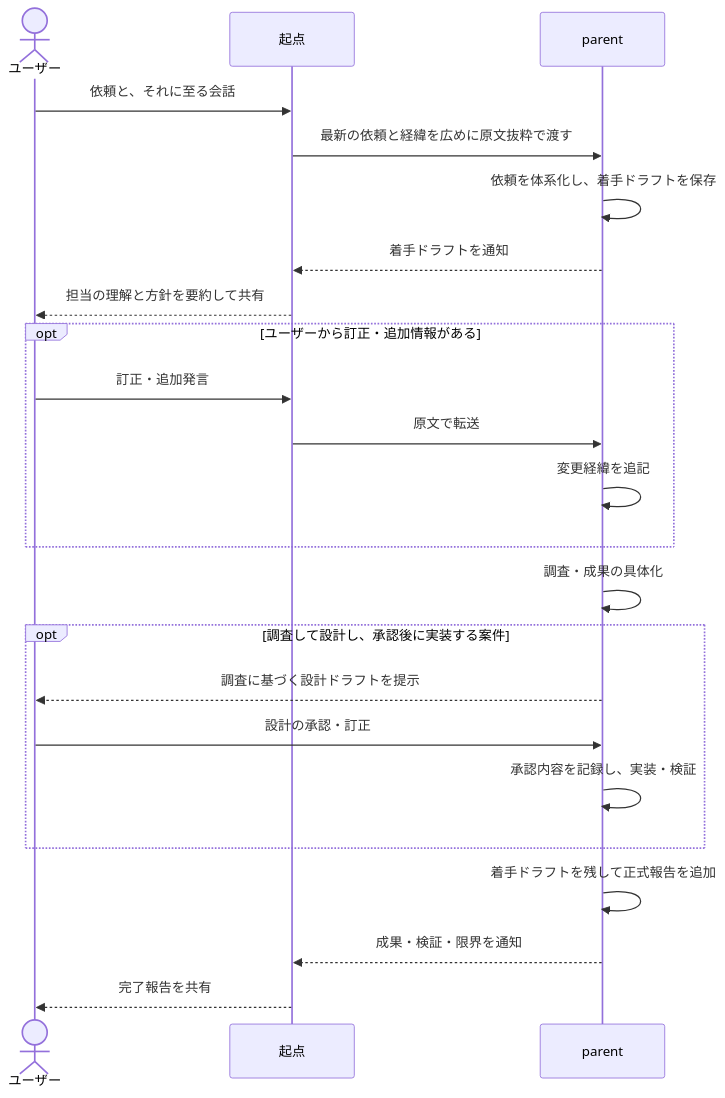
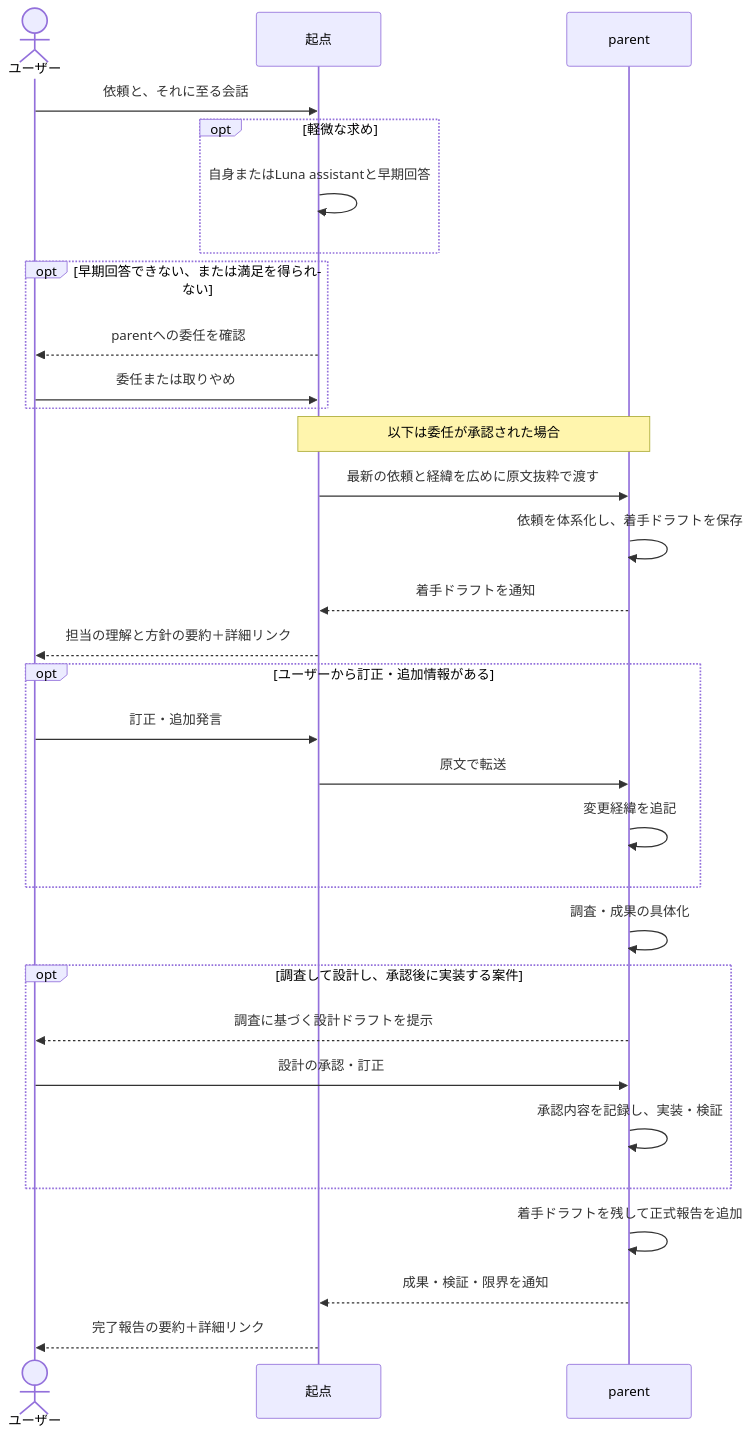
One commit to unagi/dotfiles changed the second of 2 diagrams in docs/codex-subagents.md. Above: the diagram before and after it, drawn with Mermaid. The commit also changed other lines of this file and 11 other files, not shown here.

````diff
--- a/docs/codex-subagents.md
+++ b/docs/codex-subagents.md
@@ -42,25 +44,33 @@
 ```mermaid
 sequenceDiagram
     actor U as ユーザー
     participant R as 起点
     participant P as parent
     U->>R: 依頼と、それに至る会話
+    opt 軽微な求め
+        R->>R: 自身またはLuna assistantと早期回答
+    end
+    opt 早期回答できない、または満足を得られない
+        R-->>U: parentへの委任を確認
+        U->>R: 委任または取りやめ
+    end
+    Note over R,P: 以下は委任が承認された場合
     R->>P: 最新の依頼と経緯を広めに原文抜粋で渡す
     P->>P: 依頼を体系化し、着手ドラフトを保存
     P-->>R: 着手ドラフトを通知
-    R-->>U: 担当の理解と方針を要約して共有
+    R-->>U: 担当の理解と方針の要約＋詳細リンク
     opt ユーザーから訂正・追加情報がある
         U->>R: 訂正・追加発言
         R->>P: 原文で転送
         P->>P: 変更経緯を追記
     end
     P->>P: 調査・成果の具体化
     opt 調査して設計し、承認後に実装する案件
         P-->>U: 調査に基づく設計ドラフトを提示
         U->>P: 設計の承認・訂正
         P->>P: 承認内容を記録し、実装・検証
     end
     P->>P: 着手ドラフトを残して正式報告を追加
     P-->>R: 成果・検証・限界を通知
-    R-->>U: 完了報告を共有
+    R-->>U: 完了報告の要約＋詳細リンク
 ```
````
